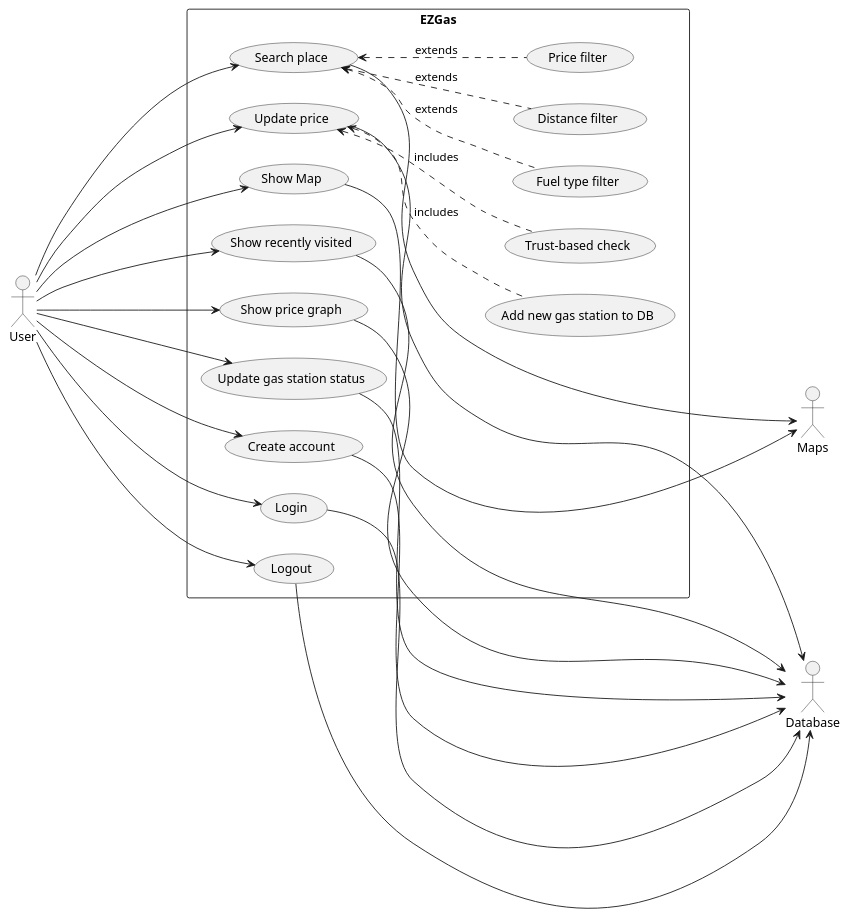
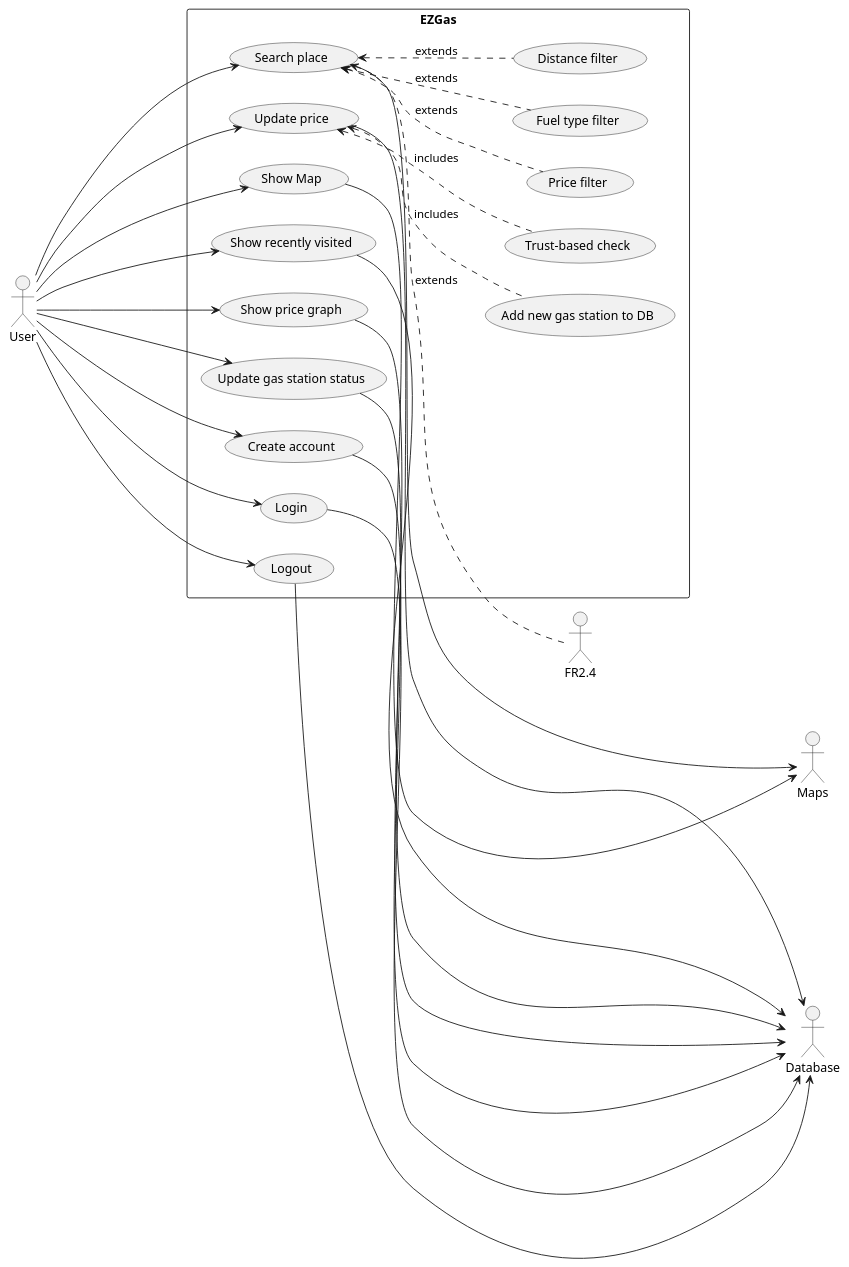
One commit to e-caste/SoftEng-EZGas changed the second of 3 diagrams in docs/RequirementsDocument.md. Above: the diagram before and after it, drawn with PlantUML.

Commit message:
add FR2.4 to use case diagram

````diff
--- a/docs/RequirementsDocument.md
+++ b/docs/RequirementsDocument.md
@@ -107,46 +107,47 @@
 ```plantuml
 left to right direction
 actor User as U
 actor Database as DB
 actor Maps as M
 rectangle EZGas {
     usecase "Show Map" as FR1
     usecase "Search place" as FR2
     usecase "Distance filter" as FR2.1
     usecase "Price filter" as FR2.2
     usecase "Fuel type filter" as FR2.3
     usecase "Show recently visited" as FR3
     usecase "Update price" as FR4
     usecase "Trust-based check" as FR4.1
     usecase "Add new gas station to DB" as FR4.2
     usecase "Show price graph" as FR5
     usecase "Update gas station status" as FR6
     usecase "Create account" as FR7
     usecase "Login" as FR7.1
     usecase "Logout" as FR7.2
 }
 
 U ----> FR1
 U --> FR2
 U --> FR3
 U --> FR4
 U --> FR5
 U --> FR6
 U --> FR7
 U --> FR7.1
 U --> FR7.2
 FR1 ---> M
 FR2 ----> M
 FR2 <-. FR2.1 : extends
 FR2 <-. FR2.2 : extends
 FR2 <-. FR2.3 : extends
+FR2 <-. FR2.4 : extends
 FR3 ---> DB
 FR4 ---> DB
 FR4 <-. FR4.1  : includes
 FR4 <-. FR4.2 : includes
 FR5 ----> DB
 FR6 ---> DB
 FR7 ---> DB
 FR7.1 ---> DB
 FR7.2 ---> DB
 ```
````
